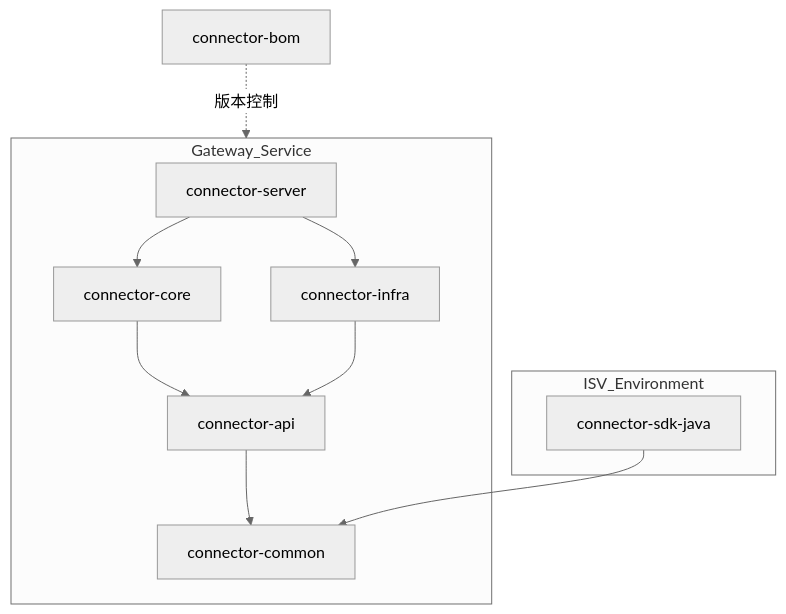
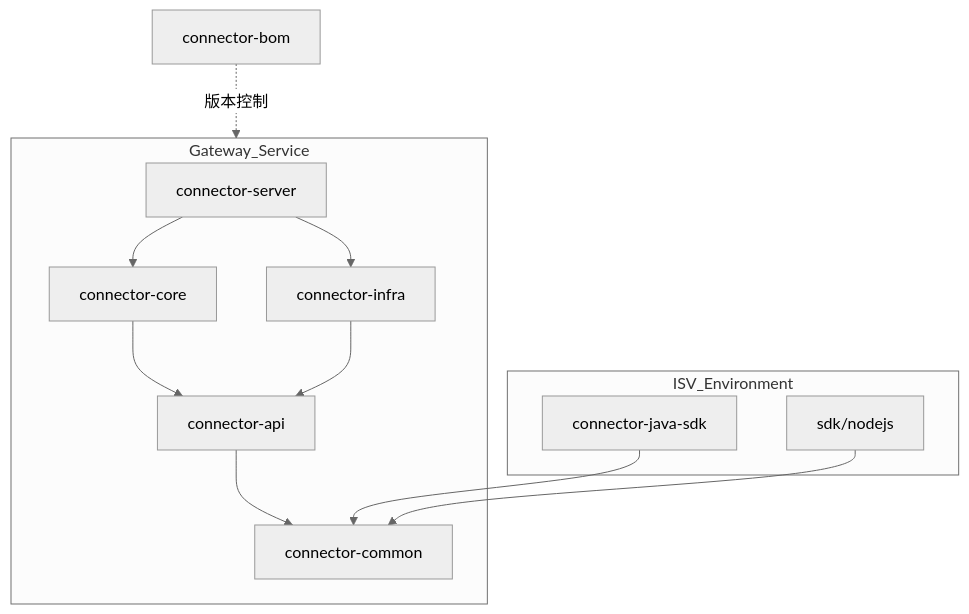
Before and after one commit to Chanjet/chanjet-openplatform-stream-java: the diagram in docs/design/Project_Structure_and_SDK.md, drawn with Mermaid (neutral theme). The commit also changed other lines of this file and 6 other files, not shown here.

````diff
--- a/docs/design/Project_Structure_and_SDK.md
+++ b/docs/design/Project_Structure_and_SDK.md
@@ -27,19 +27,21 @@
 ```mermaid
 graph TD
     subgraph ISV_Environment
-        SDK[connector-sdk-java]
+        SDK_JAVA[connector-java-sdk]
+        SDK_NODE[sdk/nodejs]
     end
 
     subgraph Gateway_Service
         Server[connector-server] --> Core[connector-core]
         Server --> Infra[connector-infra]
         
         Core --> API[connector-api]
         Infra --> API[connector-api]
         
         API --> Common[connector-common]
-        SDK --> Common
+        SDK_JAVA --> Common
+        SDK_NODE --> Common
     end
 
     BOM[connector-bom] -.->|版本控制| Gateway_Service
 ```
````
